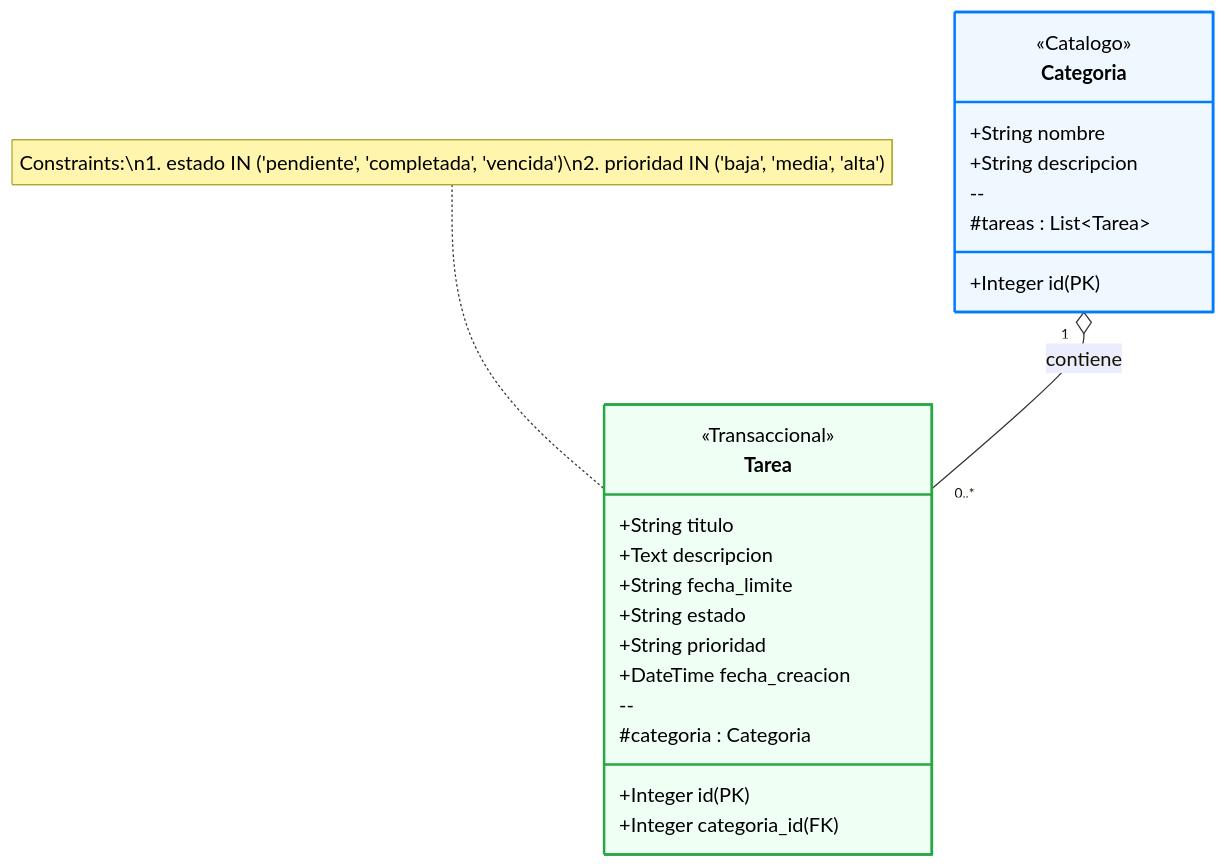
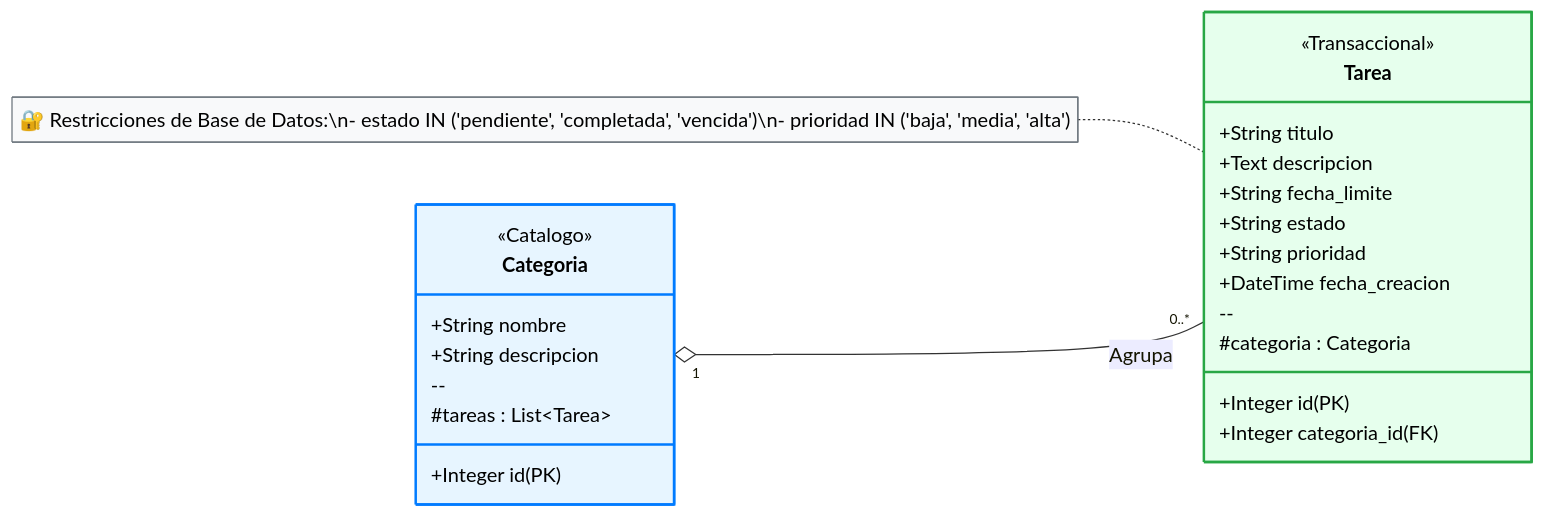
Before and after one commit to Ronaldogh179/copia-trabajo-final: the diagram in Otros/diagrama_clases.md, drawn with Mermaid.

Commit message:
Docs: Mejora estetica diagrama UML (layout horizontal y notas tecnicas)

````diff
--- a/Otros/diagrama_clases.md
+++ b/Otros/diagrama_clases.md
@@ -1,43 +1,48 @@
 ```mermaid
 classDiagram
-    direction TD
+    direction LR
+    %% Cambiamos a dirección Izquierda-Derecha para un diseño más equilibrado
 
     %% =========================================
     %% DIAGRAMA DE CLASES - SMARTTASK ORGANIZER
-    %% Nivel: Profesional / Ingeniería de Datos
     %% =========================================
 
     class Categoria {
         <<Catalogo>>
         +Integer id (PK)
         +String nombre
         +String descripcion
         --
         #tareas : List~Tarea~
     }
 
     class Tarea {
         <<Transaccional>>
         +Integer id (PK)
         +String titulo
         +Text descripcion
         +String fecha_limite
         +String estado
         +String prioridad
         +DateTime fecha_creacion
         +Integer categoria_id (FK)
         --
         #categoria : Categoria
     }
 
     %% RELACIONES
-    %% 1 Categoría tiene N Tareas (Agregación)
-    Categoria "1" o-- "0..*" Tarea : contiene
+    %% 1 Categoría -> N Tareas. Agregamos una etiqueta a la relación para mayor claridad.
+    Categoria "1" o-- "0..*" Tarea : Agrupa
 
-    %% NOTAS TÉCNICAS
-    note for Tarea "Constraints:\n1. estado IN ('pendiente', 'completada', 'vencida')\n2. prioridad IN ('baja', 'media', 'alta')"
+    %% NOTAS TÉCNICAS (Estilizada para ser profesional, no amarilla)
+    note for Tarea "🔐 Restricciones de Base de Datos:\n- estado IN ('pendiente', 'completada', 'vencida')\n- prioridad IN ('baja', 'media', 'alta')"
 
-    %% ESTILOS
-    style Categoria fill:#f0f8ff,stroke:#007bff,stroke-width:2px,color:#000
-    style Tarea fill:#f0fff4,stroke:#28a745,stroke-width:2px,color:#000
+    %% ESTILOS PROFESIONALES
+    %% Clases: Colores corporativos suaves con bordes definidos
+    style Categoria fill:#e7f5ff,stroke:#007bff,stroke-width:2px,color:#000
+    style Tarea fill:#e6ffed,stroke:#28a745,stroke-width:2px,color:#000
+    
+    %% Nota: Estilo técnico gris, elegante y serio
+    %% (Este comando interno fuerza el estilo de la nota)
+    %%{init: {'themeVariables': { 'noteBkgColor': '#f8f9fa', 'noteBorderColor': '#6c757d' }}}%%
 ```
````
